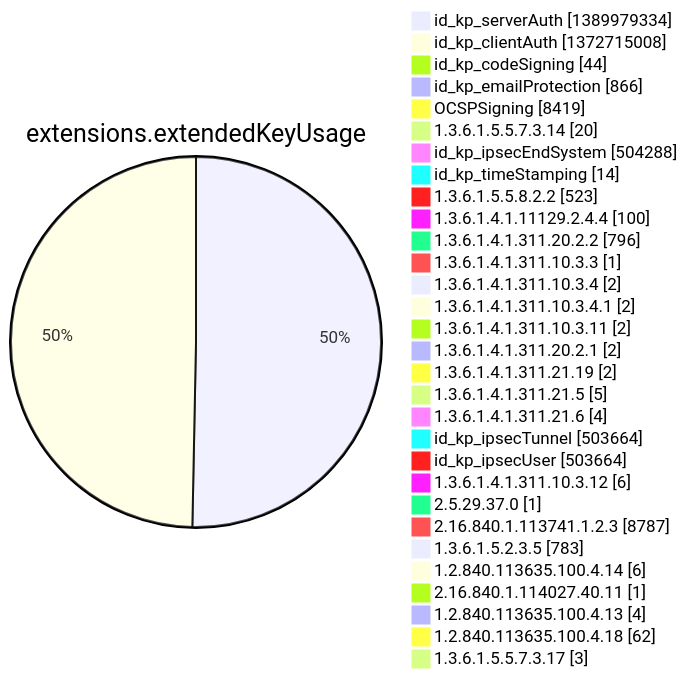
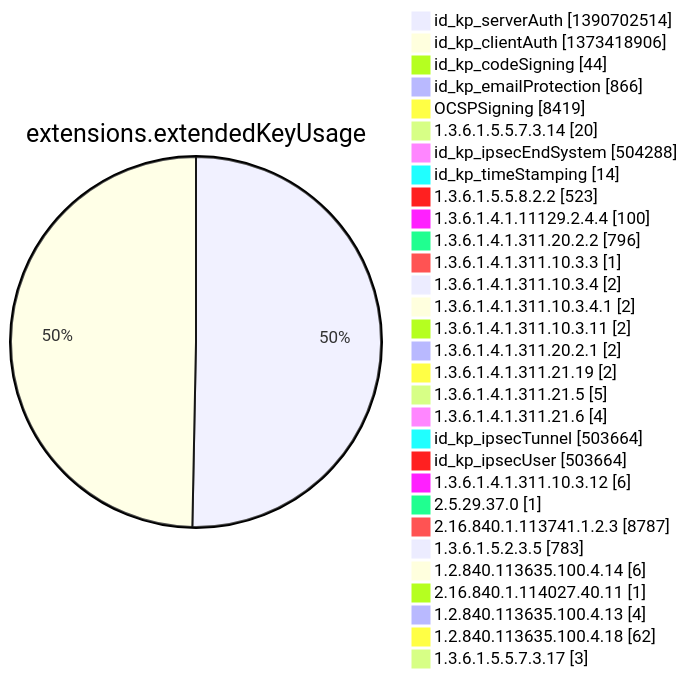
One commit to christiankrug/ctmonitor_visualization changed diagram 12 of 15 in argon2022/README.md. Above: the diagram before and after it, drawn with Mermaid. The commit also changed other lines of this file, not shown here.

````diff
--- a/argon2022/README.md
+++ b/argon2022/README.md
@@ -3554,34 +3554,34 @@
 ```mermaid
 pie showData
 title extensions.extendedKeyUsage
-"id_kp_serverAuth" :1389979334
-"id_kp_clientAuth" :1372715008
+"id_kp_serverAuth" :1390702514
+"id_kp_clientAuth" :1373418906
 "id_kp_codeSigning" :44
 "id_kp_emailProtection" :866
 "OCSPSigning" :8419
 "1.3.6.1.5.5.7.3.14" :20
 "id_kp_ipsecEndSystem" :504288
 "id_kp_timeStamping" :14
 "1.3.6.1.5.5.8.2.2" :523
 "1.3.6.1.4.1.11129.2.4.4" :100
 "1.3.6.1.4.1.311.20.2.2" :796
 "1.3.6.1.4.1.311.10.3.3" :1
 "1.3.6.1.4.1.311.10.3.4" :2
 "1.3.6.1.4.1.311.10.3.4.1" :2
 "1.3.6.1.4.1.311.10.3.11" :2
 "1.3.6.1.4.1.311.20.2.1" :2
 "1.3.6.1.4.1.311.21.19" :2
 "1.3.6.1.4.1.311.21.5" :5
 "1.3.6.1.4.1.311.21.6" :4
 "id_kp_ipsecTunnel" :503664
 "id_kp_ipsecUser" :503664
 "1.3.6.1.4.1.311.10.3.12" :6
 "2.5.29.37.0" :1
 "2.16.840.1.113741.1.2.3" :8787
 "1.3.6.1.5.2.3.5" :783
 "1.2.840.113635.100.4.14" :6
 "2.16.840.1.114027.40.11" :1
 "1.2.840.113635.100.4.13" :4
 "1.2.840.113635.100.4.18" :62
 "1.3.6.1.5.5.7.3.17" :3
 ```
````
